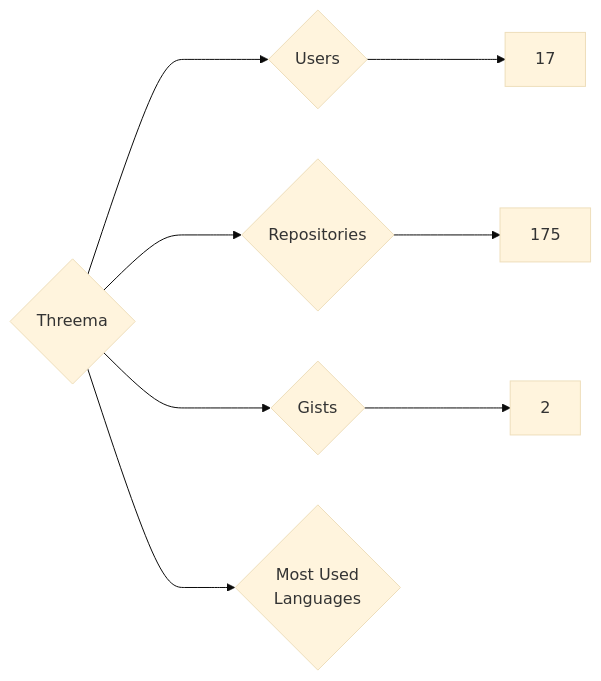
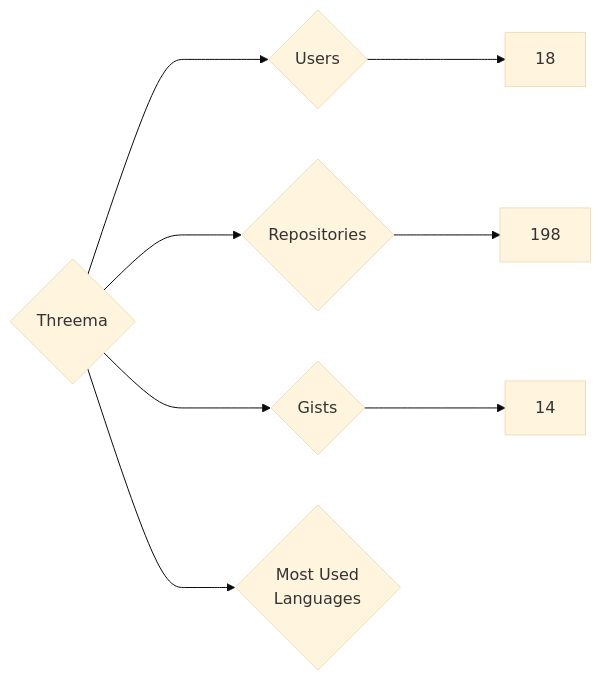
Before and after one commit to nenadzaric/insiders: the diagram in targets/Threema/README.md, drawn with Mermaid (base theme). The commit also changed 1342 other files, not shown here.

````diff
--- a/targets/Threema/README.md
+++ b/targets/Threema/README.md
@@ -3,8 +3,8 @@
 ```mermaid
 graph LR
 COMPANY_NAME{Threema}
-COMPANY_NAME ---> U{Users} ---> UN[17]
-COMPANY_NAME ---> R{Repositories} ---> RN[175]
-COMPANY_NAME ---> G{Gists} ---> GN[2]
+COMPANY_NAME ---> U{Users} ---> UN[18]
+COMPANY_NAME ---> R{Repositories} ---> RN[198]
+COMPANY_NAME ---> G{Gists} ---> GN[14]
 COMPANY_NAME ---> ML{Most Used<br>Languages}
 ```
````
